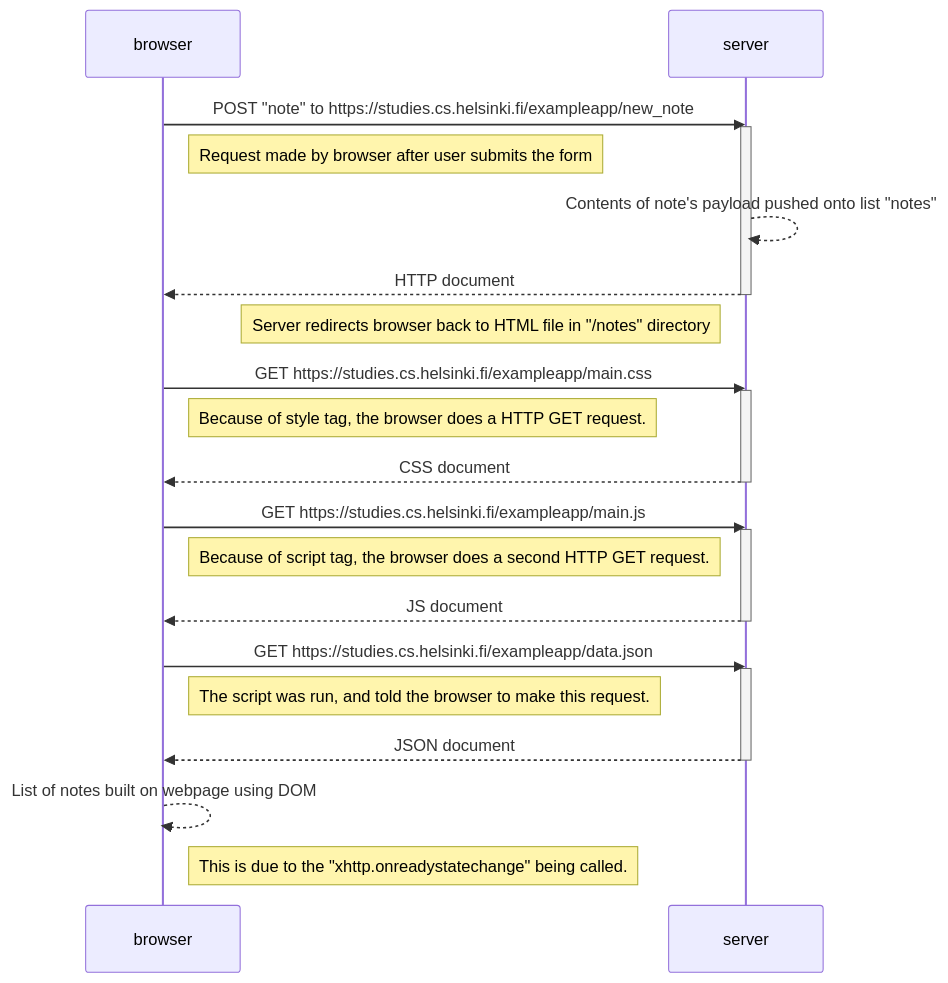
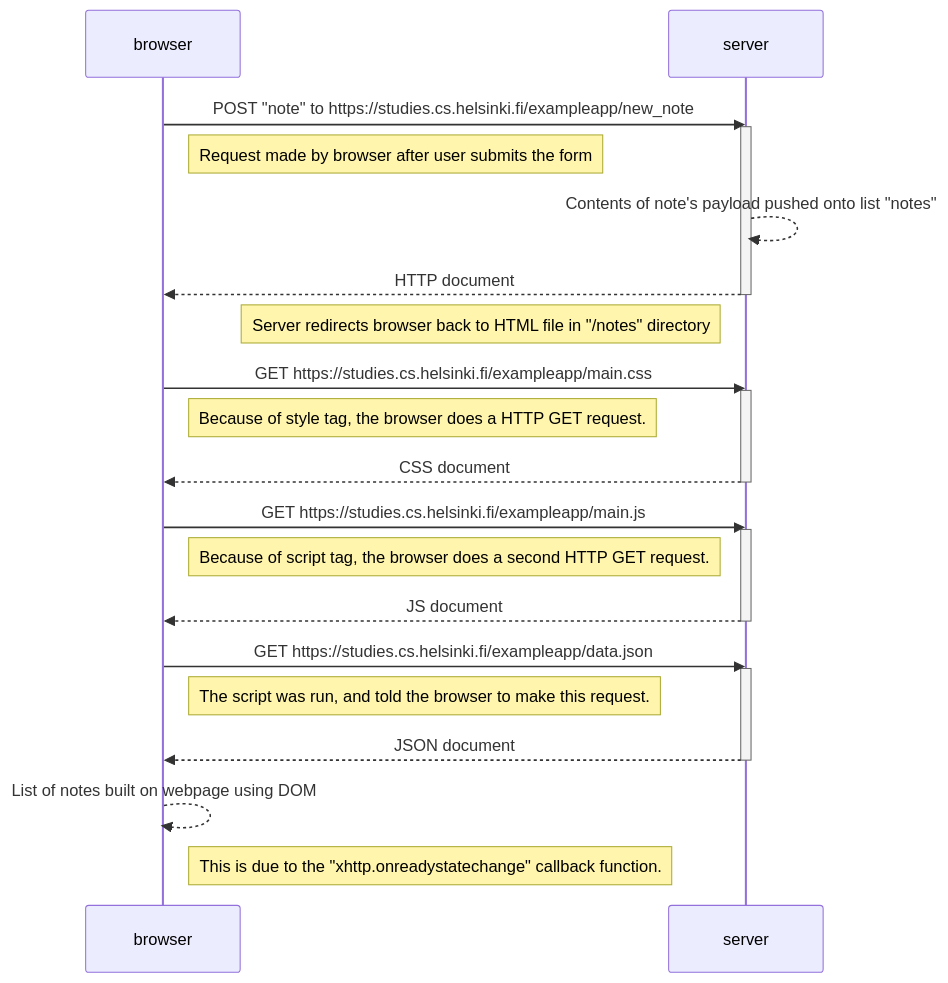
The second of 2 diagrams in part0/exercise4.md (gul3isg00/fullStackOpen2023), drawn with Mermaid before and after one commit. The commit also changed other lines of this file and 1 other file, not shown here.

Commit message:
add keyword

````diff
--- a/part0/exercise4.md
+++ b/part0/exercise4.md
@@ -33,33 +33,33 @@
 ```mermaid
 sequenceDiagram
     participant browser
     participant server
 
    browser->>server: POST "note" to https://studies.cs.helsinki.fi/exampleapp/new_note
    activate server
    Note right of browser: Request made by browser after user submits the form
    server-->>server: Contents of note's payload pushed onto list "notes"
    server-->>browser: HTTP document
    deactivate server
    Note left of server: Server redirects browser back to HTML file in "/notes" directory
 
    browser->>server: GET https://studies.cs.helsinki.fi/exampleapp/main.css
     activate server
     Note right of browser: Because of style tag, the browser does a HTTP GET request.
     server-->>browser: CSS document
     deactivate server
 
     browser->>server: GET https://studies.cs.helsinki.fi/exampleapp/main.js
     activate server
     Note right of browser: Because of script tag, the browser does a second HTTP GET request.
     server-->>browser: JS document
     deactivate server
 
     browser->>server: GET https://studies.cs.helsinki.fi/exampleapp/data.json
     activate server
     Note right of browser: The script was run, and told the browser to make this request.
     server-->>browser: JSON document
     deactivate server
     browser-->>browser: List of notes built on webpage using DOM
-    Note right of browser: This is due to the "xhttp.onreadystatechange" being called.
+    Note right of browser: This is due to the "xhttp.onreadystatechange" callback function.
 ```
````
